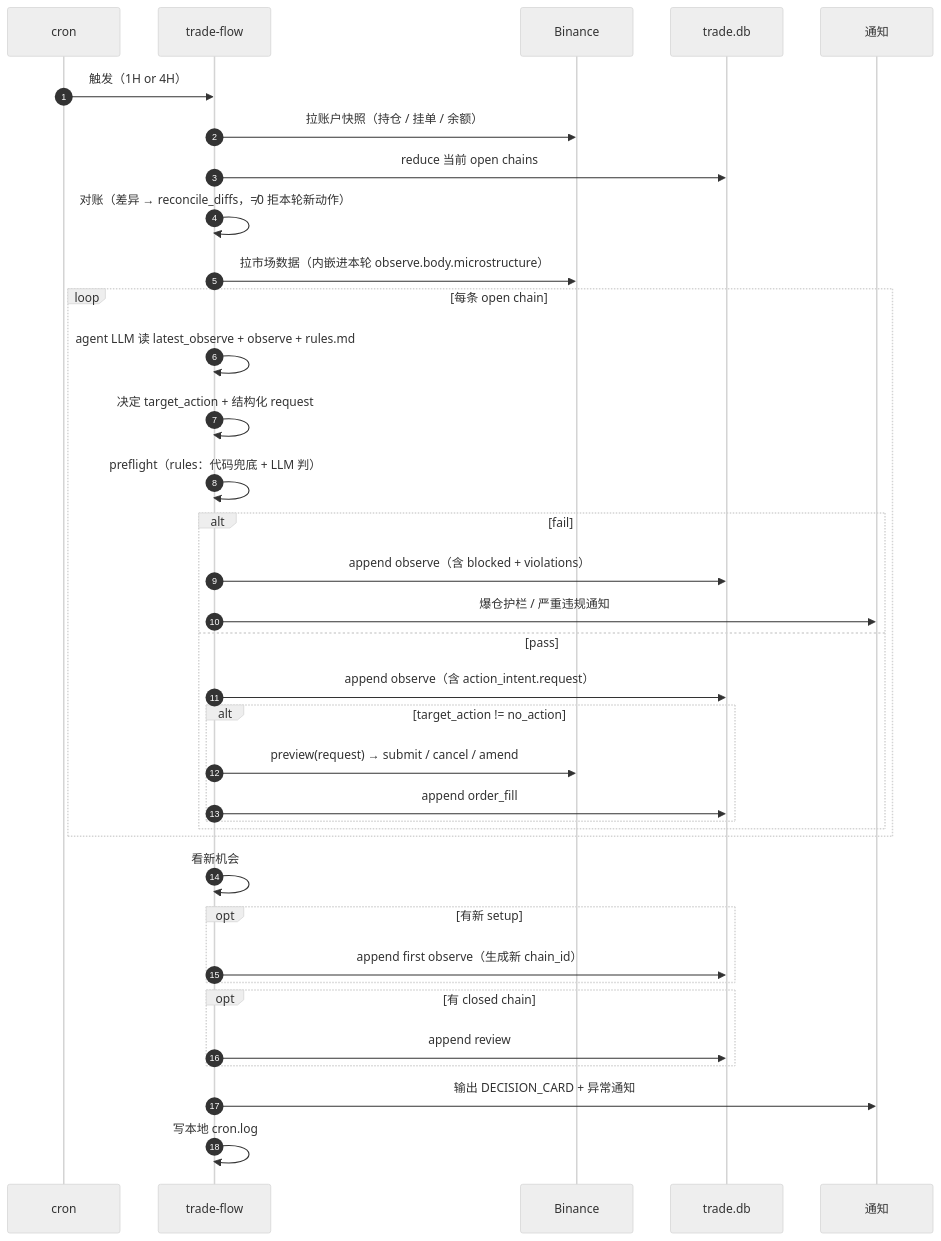
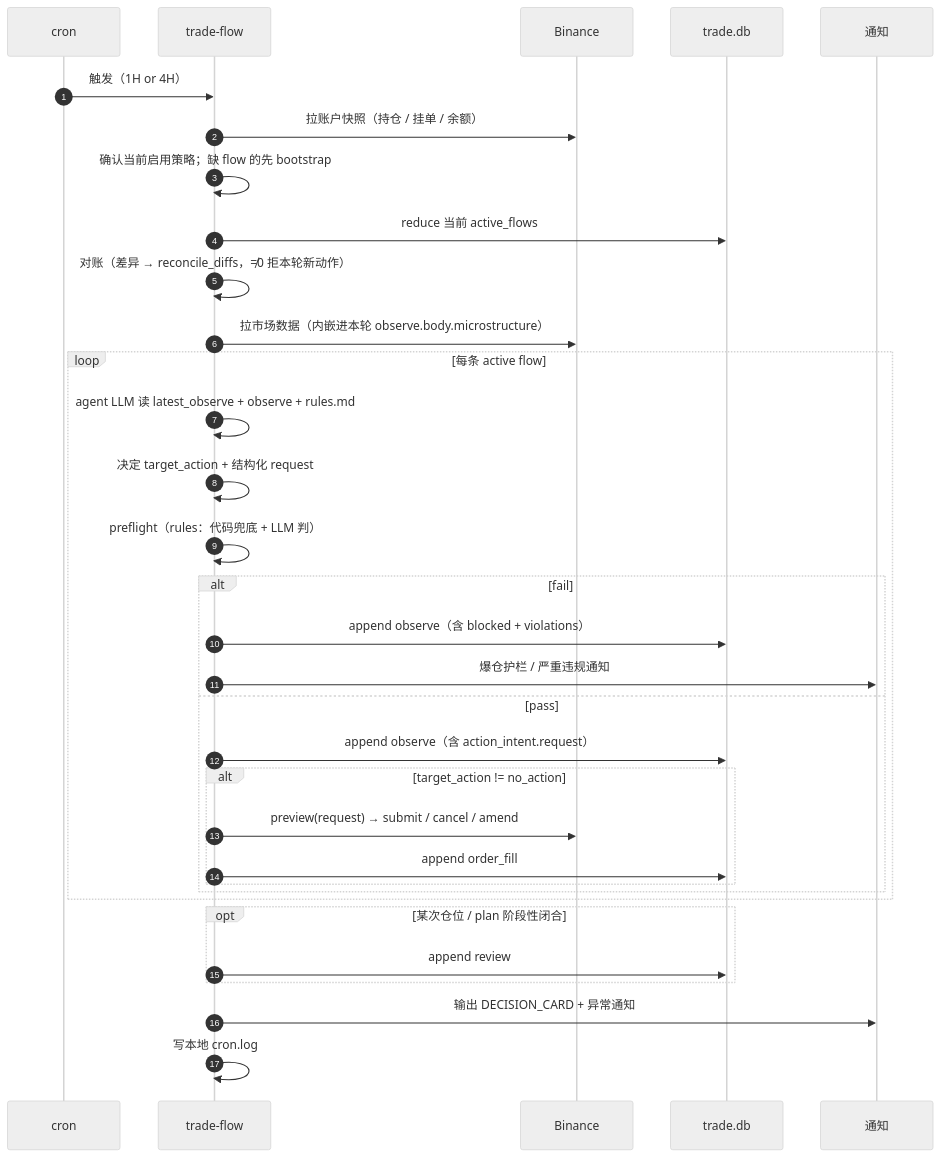
The diagram in docs/design-architecture.md (qOeOp/trade), drawn with Mermaid (neutral theme) before and after one commit. The commit also changed other lines of this file and 6 other files, not shown here.

Commit message:
Refit trade docs around persistent strategy flows

````diff
--- a/docs/design-architecture.md
+++ b/docs/design-architecture.md
@@ -226,43 +270,39 @@
 ```mermaid
 sequenceDiagram
     autonumber
     participant C as cron
     participant TF as trade-flow
     participant BN as Binance
     participant DB as trade.db
     participant N as 通知
 
     C->>TF: 触发（1H or 4H）
     TF->>BN: 拉账户快照（持仓 / 挂单 / 余额）
-    TF->>DB: reduce 当前 open chains
+    TF->>TF: 确认当前启用策略；缺 flow 的先 bootstrap
+    TF->>DB: reduce 当前 active_flows
     TF->>TF: 对账（差异 → reconcile_diffs，≠0 拒本轮新动作）
     TF->>BN: 拉市场数据（内嵌进本轮 observe.body.microstructure）
 
-    loop 每条 open chain
+    loop 每条 active flow
         TF->>TF: agent LLM 读 latest_observe + observe + rules.md
         TF->>TF: 决定 target_action + 结构化 request
         TF->>TF: preflight（rules：代码兜底 + LLM 判）
         alt fail
             TF->>DB: append observe（含 blocked + violations）
             TF->>N: 爆仓护栏 / 严重违规通知
         else pass
             TF->>DB: append observe（含 action_intent.request）
             alt target_action != no_action
                 TF->>BN: preview(request) → submit / cancel / amend
                 TF->>DB: append order_fill
             end
         end
     end
 
-    TF->>TF: 看新机会
-    opt 有新 setup
-        TF->>DB: append first observe（生成新 chain_id）
-    end
-
-    opt 有 closed chain
+    opt 某次仓位 / plan 阶段性闭合
         TF->>DB: append review
     end
 
     TF->>N: 输出 DECISION_CARD + 异常通知
     TF->>TF: 写本地 cron.log
 ```
````
